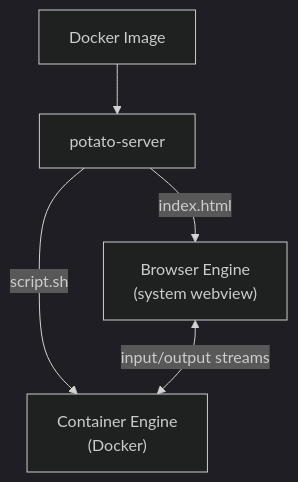
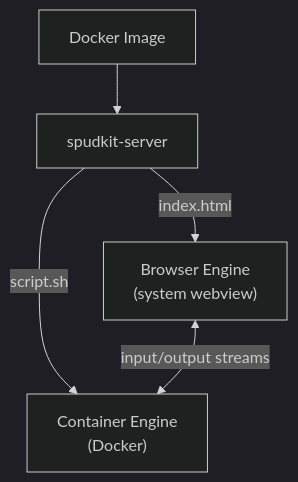
One commit to kantord/potato changed the diagram in README.md. Above: the diagram before and after it, drawn with Mermaid (dark theme). The commit also changed other lines of this file and 84 other files, not shown here.

````diff
--- a/README.md
+++ b/README.md
@@ -33,7 +33,7 @@
 ```mermaid
 graph TB
-    IMAGE["Docker Image"] --> SERVER["potato-server"]
+    IMAGE["Docker Image"] --> SERVER["spudkit-server"]
     SERVER -- "index.html" --> BROWSER["Browser Engine\n(system webview)"]
     SERVER -- "script.sh" --> DOCKER["Container Engine\n(Docker)"]
     BROWSER <-- "input/output streams" --> DOCKER
 ```
````
